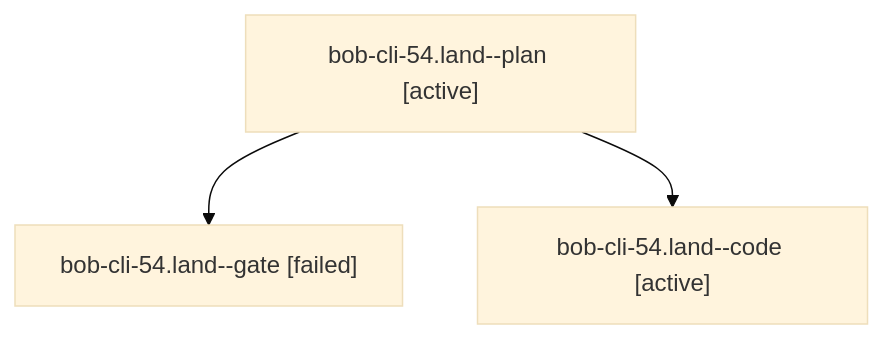
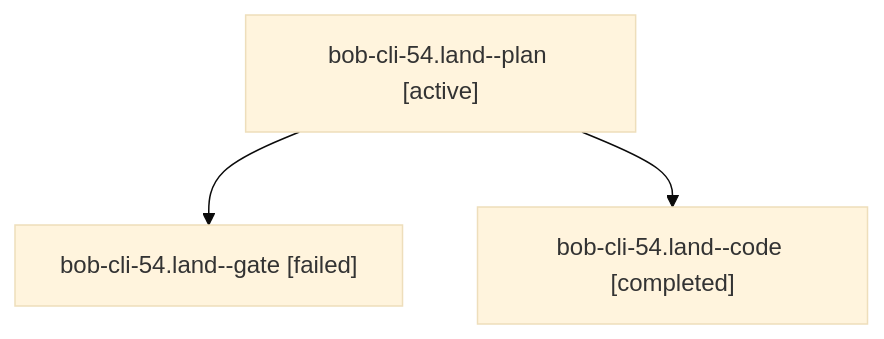
The diagram in sessions/bbugyi200.apollo.bob-cli-54.land.md (bobs-org/bob-cli--agents), drawn with Mermaid (base theme) before and after one commit. The commit also changed other lines of this file and 27 other files, not shown here.

````diff
--- a/sessions/bbugyi200.apollo.bob-cli-54.land.md
+++ b/sessions/bbugyi200.apollo.bob-cli-54.land.md
@@ -9,8 +9,8 @@
 ```mermaid
 flowchart TD
   n0["bob-cli-54.land--plan [active]"]
   n1["bob-cli-54.land--gate [failed]"]
   n0 --> n1
-  n2["bob-cli-54.land--code [active]"]
+  n2["bob-cli-54.land--code [completed]"]
   n0 --> n2
 ```
````
